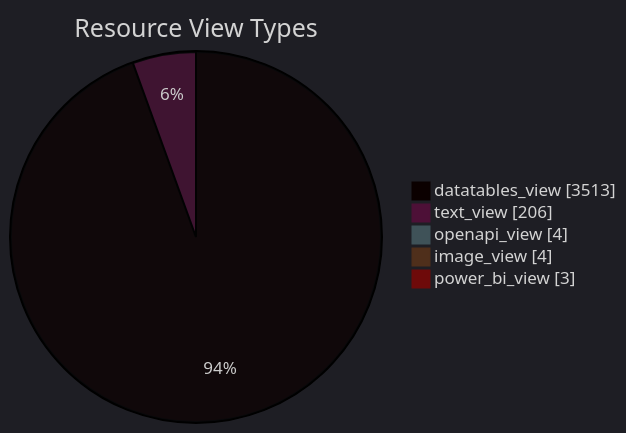
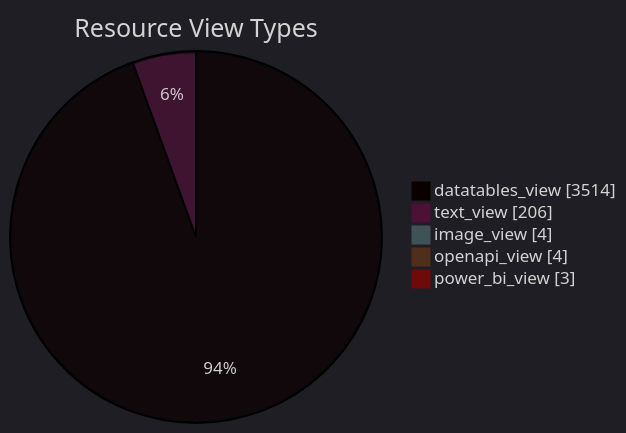
The diagram in datastore_tracker/resource_view_types_pie_chart.md (open-data/analytics-corporate-reporting), drawn with Mermaid before and after one commit. The commit also changed 9 other files, not shown here.

````diff
--- a/datastore_tracker/resource_view_types_pie_chart.md
+++ b/datastore_tracker/resource_view_types_pie_chart.md
@@ -2,12 +2,12 @@
 ```mermaid
 ---
 config:
   theme: dark
 ---
 pie showData title Resource View Types
-    "datatables_view": 3513
+    "datatables_view": 3514
     "text_view": 206
+    "image_view": 4
     "openapi_view": 4
-    "image_view": 4
     "power_bi_view": 3
 ```
````
